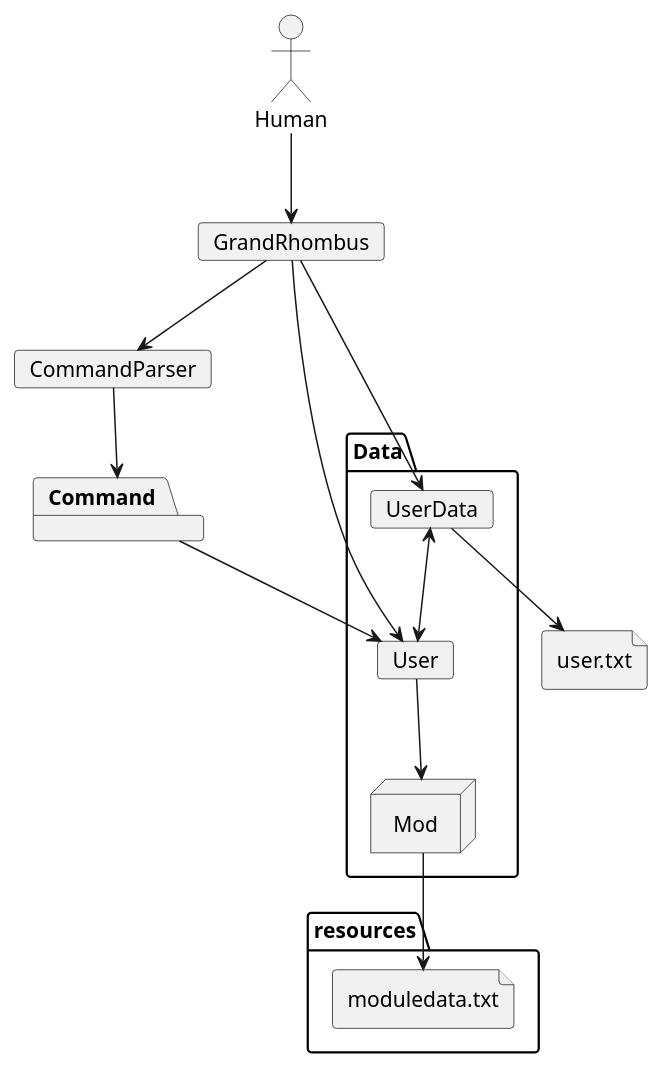
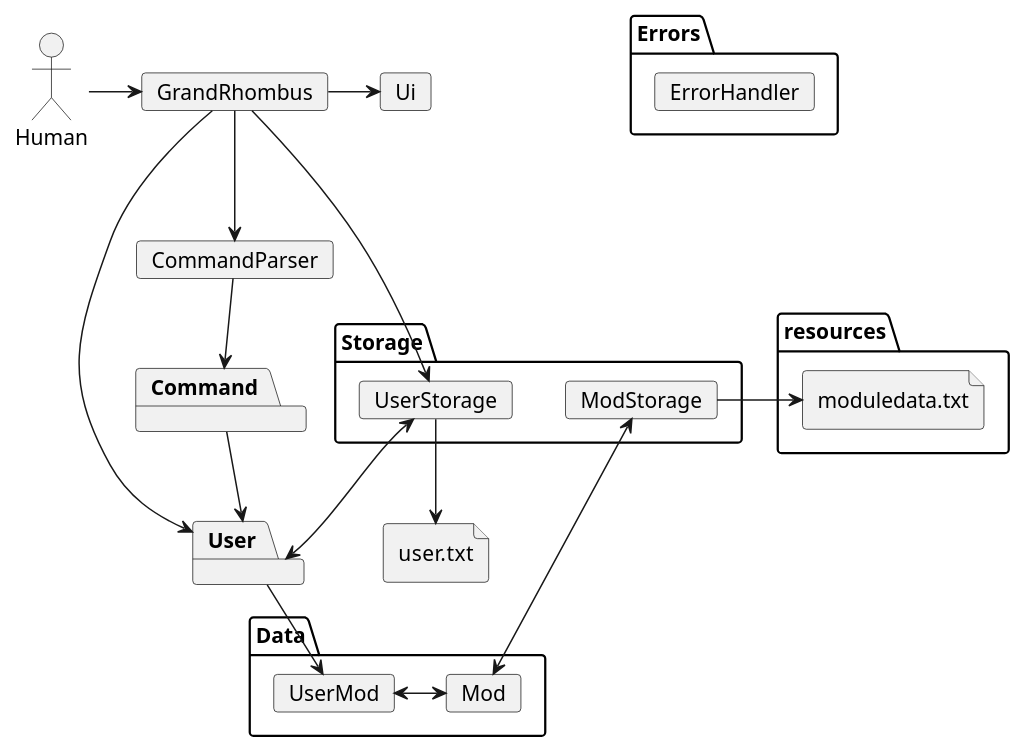
The diagram in docs/diagrams/Architecture.puml (itsjoelha/tp), drawn with PlantUML before and after one commit. The commit also changed 4 other files, not shown here.

Commit message:
Edit Sequence and Architecture Diagrams

```diff
--- a/docs/diagrams/Architecture.puml
+++ b/docs/diagrams/Architecture.puml
@@ -1,32 +1,50 @@
 @startuml
 'https://plantuml.com/deployment-diagram
 
 actor Human
 card GrandRhombus
 
 package Command
 package Data {
-    card User
-    card UserData
-    Node Mod
+    card UserMod
+    card Mod
 }
+Mod <-> UserMod
+
+package Storage {
+    card ModStorage
+    card UserStorage
+}
+
+package Errors {
+    card ErrorHandler
+}
+
 folder resources {
     file moduledata.txt
 }
+
+package User {
+}
+
 card CommandParser
+card Ui
 file user.txt
 
-Human --> GrandRhombus
-GrandRhombus --> UserData
+Human -> GrandRhombus
+GrandRhombus --> UserStorage
 GrandRhombus --> User
+GrandRhombus -> Ui
 GrandRhombus --> CommandParser
+
 CommandParser --> Command
 Command --> User
-UserData <--> User
-UserData --> user.txt
-User --> Mod
-Mod --> moduledata.txt
+UserStorage <--> User
+UserStorage --> user.txt
+User --> UserMod
+ModStorage -> moduledata.txt
+ModStorage <--> Mod
 
 
 
 @enduml
```
